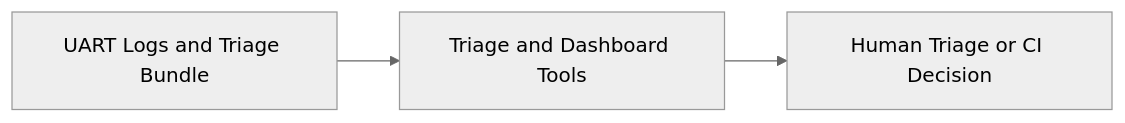
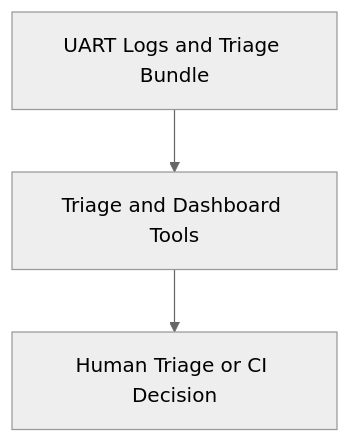
Before and after one commit to JialongWang1201/mkdbg: the third of 3 diagrams in README.md, drawn with Mermaid (neutral theme). The commit also changed other lines of this file, not shown here.

Commit message:
docs: switch Mermaid diagrams to top-down layout

````diff
--- a/README.md
+++ b/README.md
@@ -107,5 +107,5 @@
 ```mermaid
-flowchart LR
+flowchart TB
     A[UART Logs and Triage Bundle] --> B[Triage and Dashboard Tools]
     B --> C[Human Triage or CI Decision]
 ```
````
